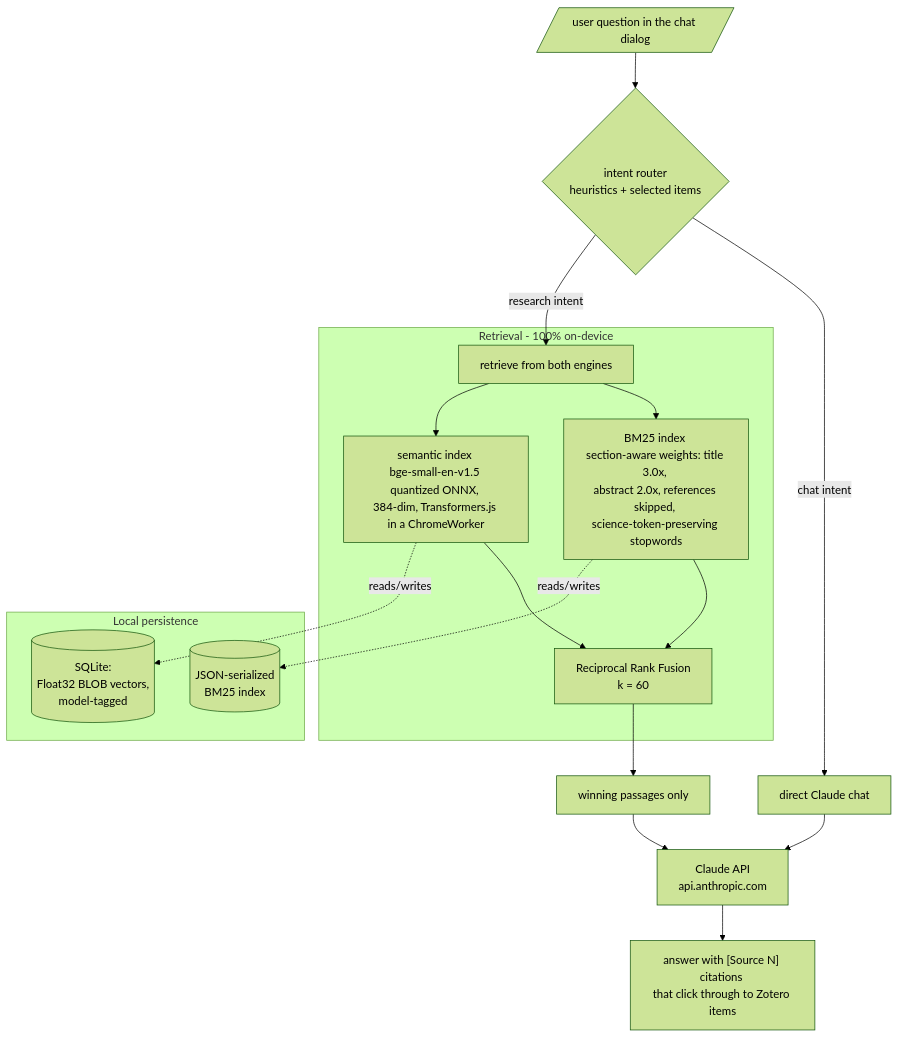
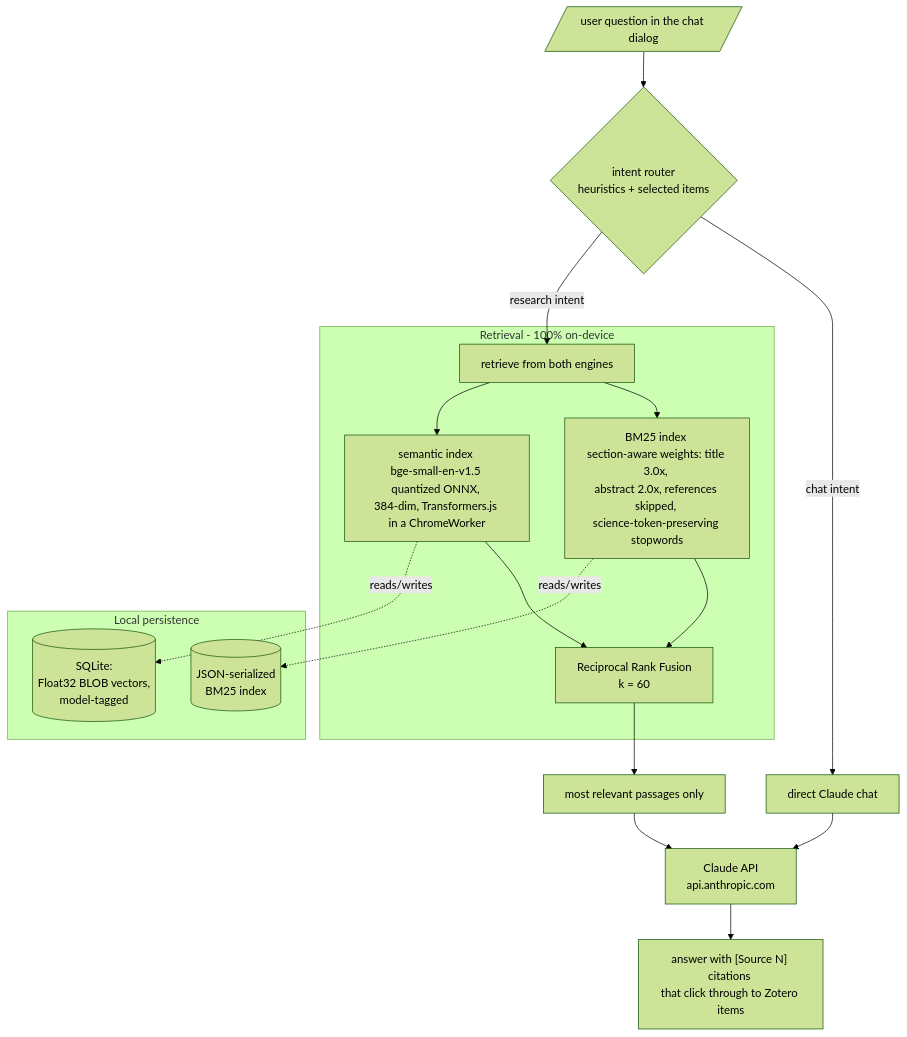
Before and after one commit to chojay/side-quests: the first of 2 diagrams in ai-tooling/zotero-claude-assistant/ARCHITECTURE.md, drawn with Mermaid (forest theme). The commit also changed 7 other files, not shown here.

First line of the commit message:
ai-tooling: real Ollama logo in the hero; 'most relevant passages' not 'winning passages'

````diff
--- a/ai-tooling/zotero-claude-assistant/ARCHITECTURE.md
+++ b/ai-tooling/zotero-claude-assistant/ARCHITECTURE.md
@@ -7,25 +7,25 @@
 ```mermaid
 flowchart TD
     Q[/"user question in the chat dialog"/] --> ROUTE{intent router <br/>heuristics + selected items}
     ROUTE -->|chat intent| CHAT[direct Claude chat]
     ROUTE -->|research intent| RETRIEVE
 
     subgraph LOCAL["Retrieval - 100% on-device"]
         RETRIEVE[retrieve from both engines] --> BM25[BM25 index <br/>section-aware weights: title 3.0x, <br/>abstract 2.0x, references skipped, <br/>science-token-preserving stopwords]
         RETRIEVE --> SEM[semantic index <br/>bge-small-en-v1.5 quantized ONNX, <br/>384-dim, Transformers.js <br/>in a ChromeWorker]
         BM25 --> RRF[Reciprocal Rank Fusion <br/>k = 60]
         SEM --> RRF
     end
 
-    RRF --> CTX[winning passages only]
+    RRF --> CTX[most relevant passages only]
     CTX --> API[Claude API <br/>api.anthropic.com]
     CHAT --> API
     API --> ANS["answer with [Source N] citations <br/>that click through to Zotero items"]
 
     subgraph STORAGE["Local persistence"]
         VDB[(SQLite: <br/>Float32 BLOB vectors, <br/>model-tagged)]
         JDB[(JSON-serialized <br/>BM25 index)]
     end
     SEM -.reads/writes.-> VDB
     BM25 -.reads/writes.-> JDB
 ```
````
